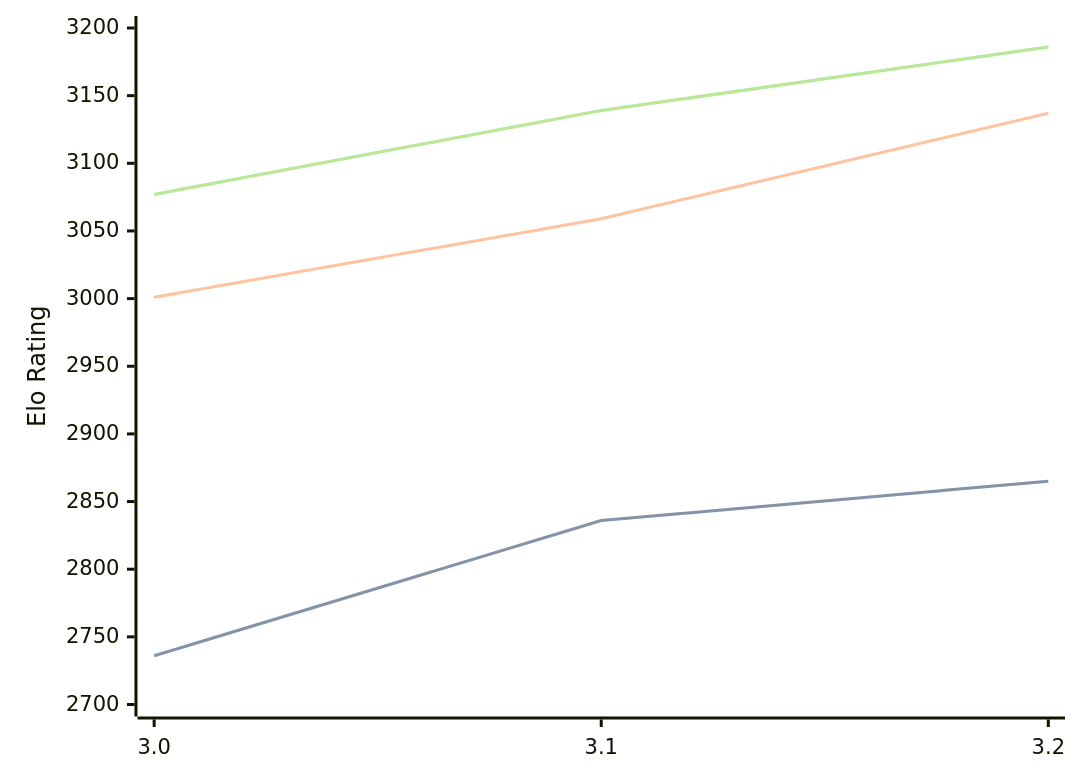
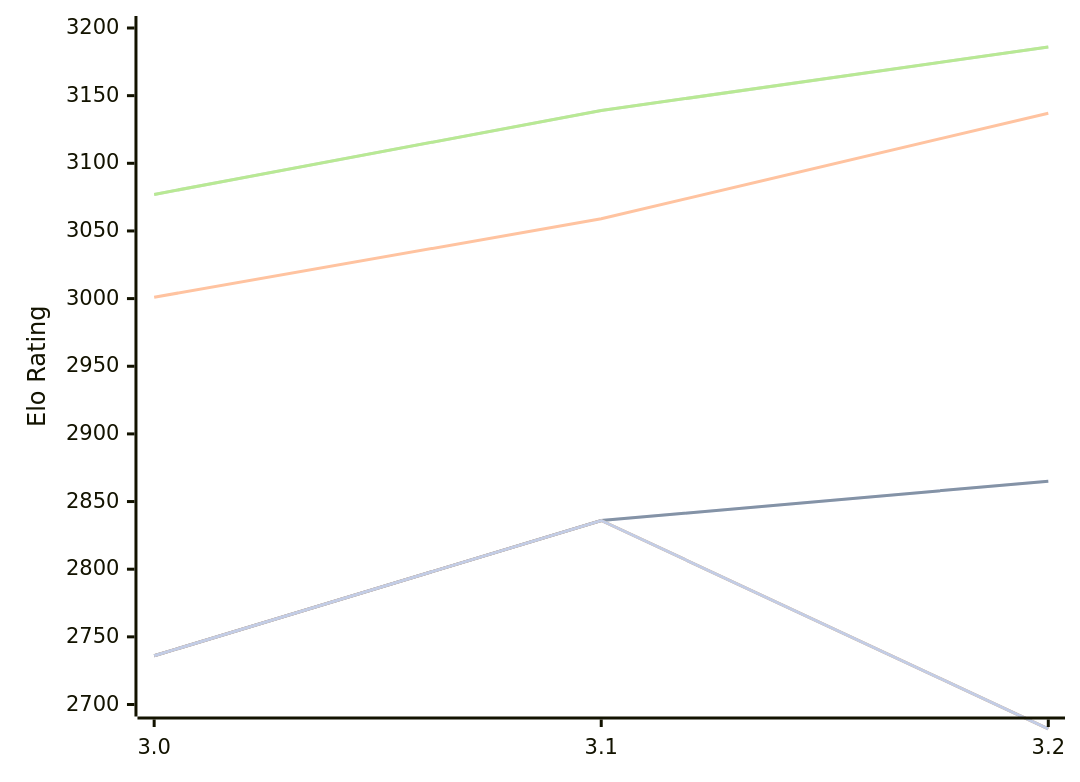
Before and after one commit to computer-chess-index/cci: the diagram in engines/Vajolet2.md, drawn with Mermaid. The commit also changed other lines of this file, not shown here.

Commit message:
Update CCI Ratings (ELO VLTC) - 2026-10-11

````diff
--- a/engines/Vajolet2.md
+++ b/engines/Vajolet2.md
@@ -49,16 +49,13 @@
 ```mermaid
 %%{init: {"theme":"base","themeVariables":{"seriesColors:['#a3a3a3','#222221','#faa371']}}}%%
 xychart-beta
   x-axis ["3.0", "3.1", "3.2"]
   y-axis "Elo Rating" 2700 --> 3200
   line "" [2736, 2836, 2865]
   line "T1: STC (8.0+0.08s)" [2736, 2836, 2865]
   line "T1: LTC (60.0+0.60s)" [3001, 3059, 3137]
   line "" [3077, 3139, 3186]
   line "T1: VLTC (2m24s+1.12s)" [3077, 3139, 3186]
-  line "" [2673]
-  line "E1: STC (8.0+0.08s)" [2673]
-  line "E1: LTC (60.0+0.60s)" [3039]
-  line "" [3127]
-  line "E1: VLTC (2m24s+1.12s)" [3127]
+  line "" [2736, 2836,2682]
+  line "E1: STC (8.0+0.08s)" [2736, 2836,2682]
 ```
````
